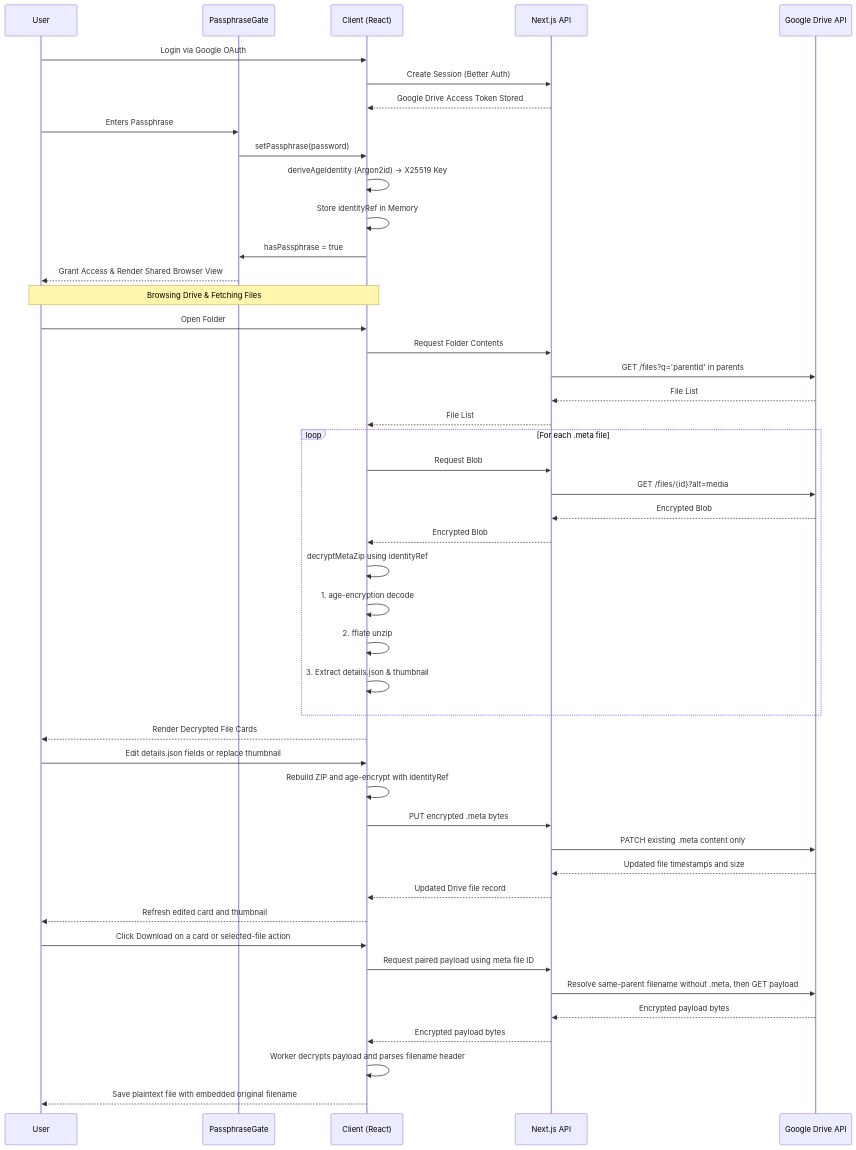
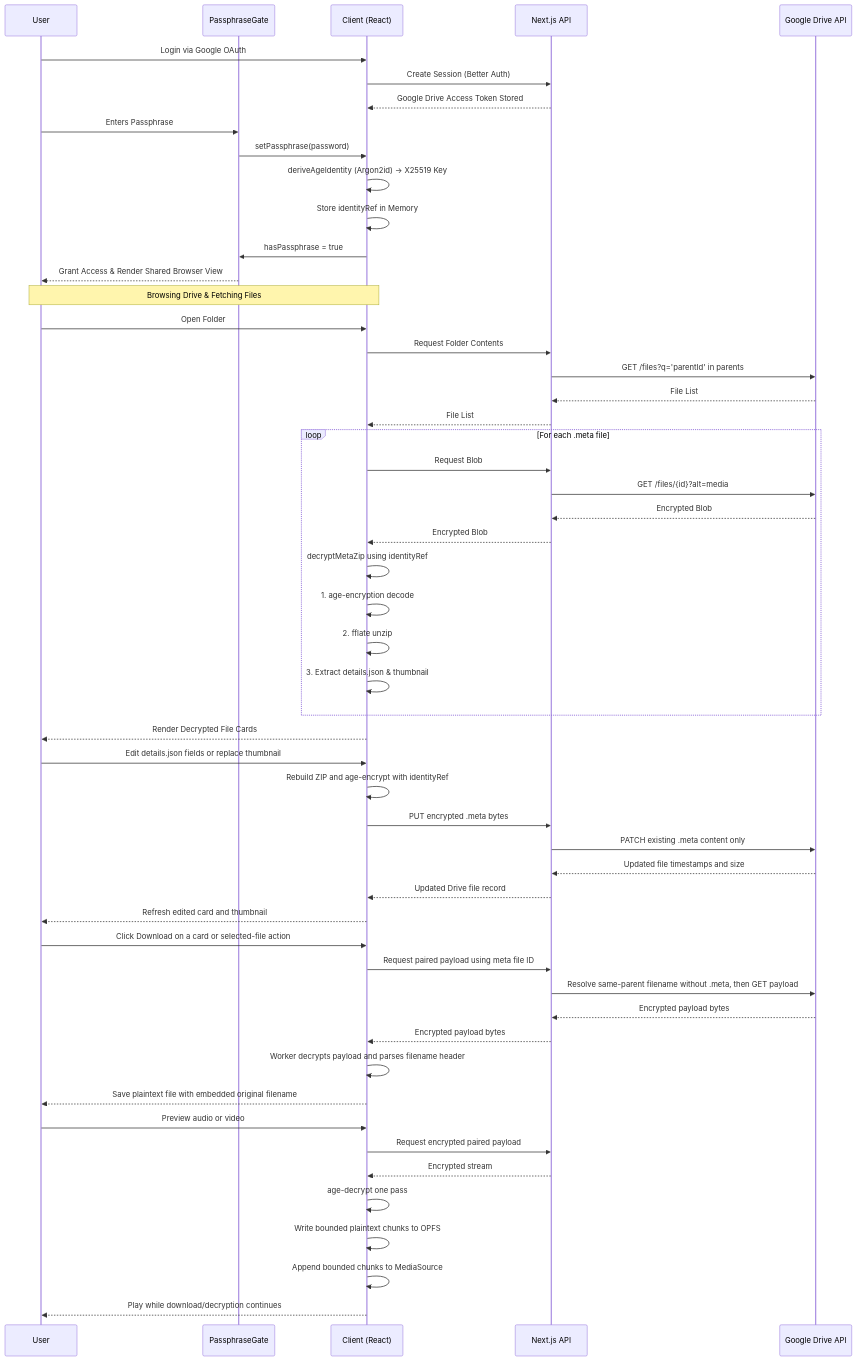
The diagram in docs/architecture.md (Vijay-papanaboina/VaultDrive), drawn with Mermaid before and after one commit. The commit also changed other lines of this file and 13 other files, not shown here.

````diff
--- a/docs/architecture.md
+++ b/docs/architecture.md
@@ -29,57 +30,65 @@
 ```mermaid
 sequenceDiagram
     participant User
     participant PassphraseGate
     participant Client (React)
     participant Next.js API
     participant Google Drive API
 
     User->>Client (React): Login via Google OAuth
     Client (React)->>Next.js API: Create Session (Better Auth)
     Next.js API-->>Client (React): Google Drive Access Token Stored
     
     User->>PassphraseGate: Enters Passphrase
     PassphraseGate->>Client (React): setPassphrase(password)
     Client (React)->>Client (React): deriveAgeIdentity (Argon2id) -> X25519 Key
     Client (React)->>Client (React): Store identityRef in Memory
     Client (React)->>PassphraseGate: hasPassphrase = true
     PassphraseGate-->>User: Grant Access & Render Shared Browser View
 
     Note over User, Client (React): Browsing Drive & Fetching Files
     
     User->>Client (React): Open Folder
     Client (React)->>Next.js API: Request Folder Contents
     Next.js API->>Google Drive API: GET /files?q='parentId' in parents
     Google Drive API-->>Next.js API: File List
     Next.js API-->>Client (React): File List
 
     loop For each .meta file
         Client (React)->>Next.js API: Request Blob
         Next.js API->>Google Drive API: GET /files/{id}?alt=media
         Google Drive API-->>Next.js API: Encrypted Blob
         Next.js API-->>Client (React): Encrypted Blob
         
         Client (React)->>Client (React): decryptMetaZip using identityRef
         Client (React)->>Client (React): 1. age-encryption decode
         Client (React)->>Client (React): 2. fflate unzip
         Client (React)->>Client (React): 3. Extract details.json & thumbnail
     end
     
     Client (React)-->>User: Render Decrypted File Cards
 
     User->>Client (React): Edit details.json fields or replace thumbnail
     Client (React)->>Client (React): Rebuild ZIP and age-encrypt with identityRef
     Client (React)->>Next.js API: PUT encrypted .meta bytes
     Next.js API->>Google Drive API: PATCH existing .meta content only
     Google Drive API-->>Next.js API: Updated file timestamps and size
     Next.js API-->>Client (React): Updated Drive file record
     Client (React)-->>User: Refresh edited card and thumbnail
 
     User->>Client (React): Click Download on a card or selected-file action
     Client (React)->>Next.js API: Request paired payload using meta file ID
     Next.js API->>Google Drive API: Resolve same-parent filename without .meta, then GET payload
     Google Drive API-->>Next.js API: Encrypted payload bytes
     Next.js API-->>Client (React): Encrypted payload bytes
     Client (React)->>Client (React): Worker decrypts payload and parses filename header
     Client (React)-->>User: Save plaintext file with embedded original filename
+
+    User->>Client (React): Preview audio or video
+    Client (React)->>Next.js API: Request encrypted paired payload
+    Next.js API-->>Client (React): Encrypted stream
+    Client (React)->>Client (React): age-decrypt one pass
+    Client (React)->>Client (React): Write bounded plaintext chunks to OPFS
+    Client (React)->>Client (React): Append bounded chunks to MediaSource
+    Client (React)-->>User: Play while download/decryption continues
 ```
````
